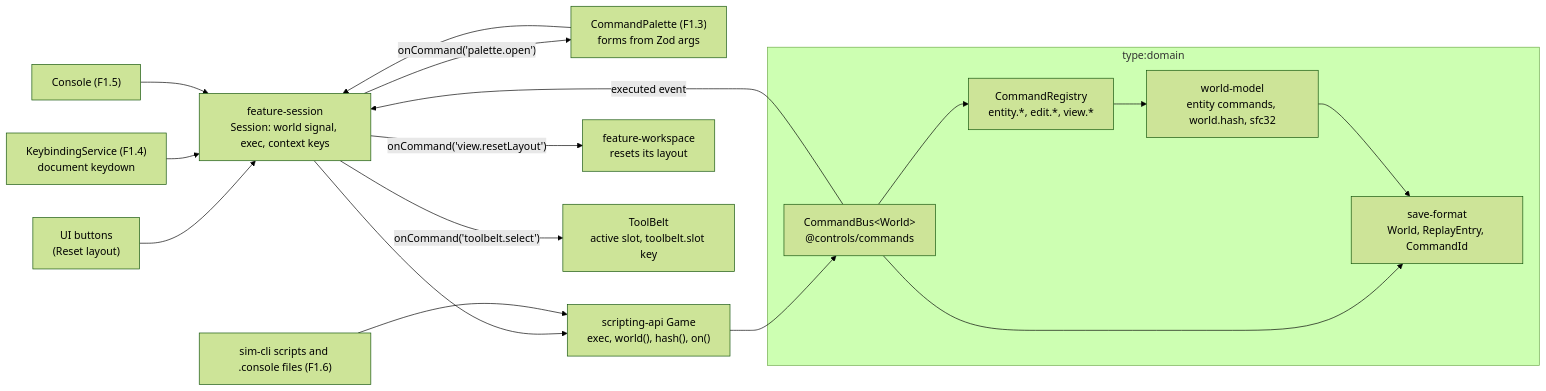
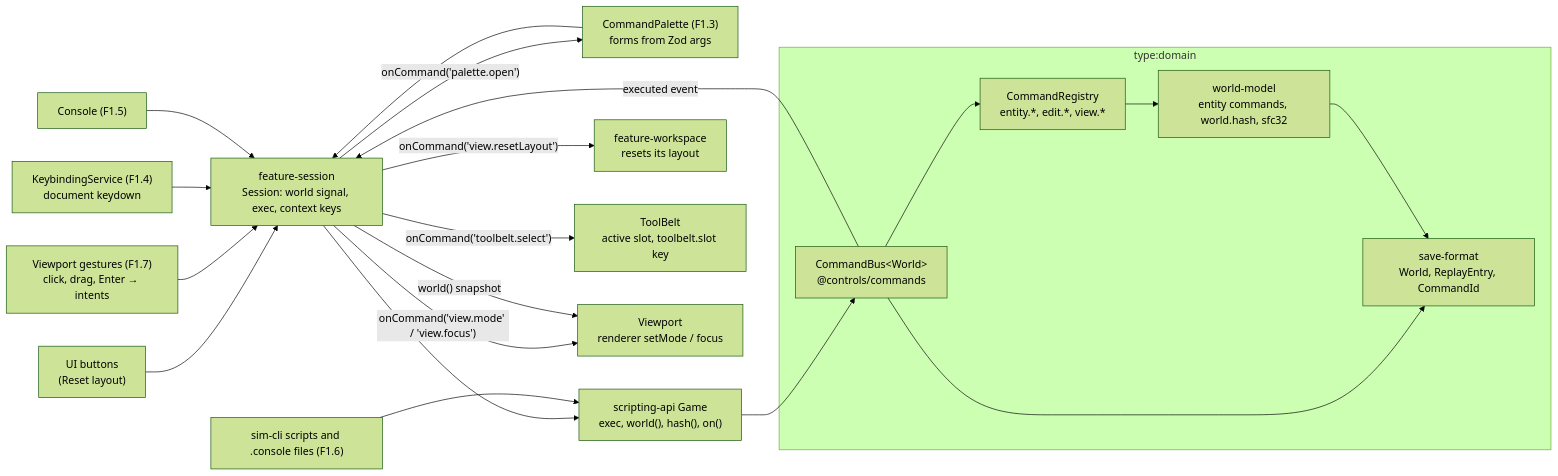
One commit to joebarbere/controls changed the first of 4 diagrams in docs/architecture/commands.md. Above: the diagram before and after it, drawn with Mermaid (forest theme). The commit also changed other lines of this file and 72 other files, not shown here.

First line of the commit message:
feat(renderer): F1.7 part 2, placement and view through commands (#12)

````diff
--- a/docs/architecture/commands.md
+++ b/docs/architecture/commands.md
@@ -9,25 +9,28 @@
 ```mermaid
 flowchart LR
     classDef later fill:#f4f4f4,stroke:#999,stroke-dasharray: 4 3;
     BTN["UI buttons<br/>(Reset layout)"] --> SES
+    GES["Viewport gestures (F1.7)<br/>click, drag, Enter → intents"] --> SES
     PAL["CommandPalette (F1.3)<br/>forms from Zod args"] --> SES
     KEY["KeybindingService (F1.4)<br/>document keydown"] --> SES
     CON["Console (F1.5)"] --> SES
     SES["feature-session<br/>Session: world signal, exec, context keys"] --> GAME
     SCR["sim-cli scripts and .console files (F1.6)"] --> GAME
     GAME["scripting-api Game<br/>exec, world(), hash(), on()"] --> BUS
     subgraph domain["type:domain"]
         BUS["CommandBus&lt;World&gt;<br/>@controls/commands"]
         REG["CommandRegistry<br/>entity.*, edit.*, view.*"]
         WM["world-model<br/>entity commands, world.hash, sfc32"]
         SF["save-format<br/>World, ReplayEntry, CommandId"]
         BUS --> REG
         REG --> WM
         BUS --> SF
         WM --> SF
     end
     BUS -->|"executed event"| SES
     SES -->|"onCommand('view.resetLayout')"| WS["feature-workspace<br/>resets its layout"]
     SES -->|"onCommand('toolbelt.select')"| TB["ToolBelt<br/>active slot, toolbelt.slot key"]
     SES -->|"onCommand('palette.open')"| PAL
+    SES -->|"onCommand('view.mode' / 'view.focus')"| VPT["Viewport<br/>renderer setMode / focus"]
+    SES -->|"world() snapshot"| VPT
 ```
````
